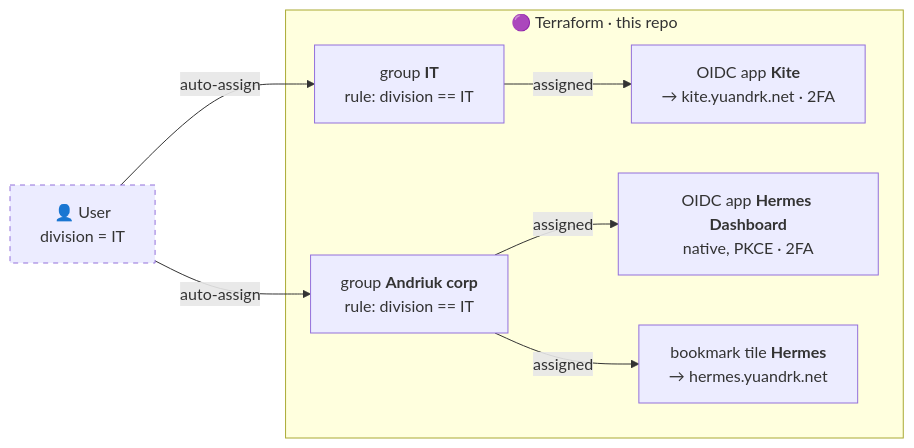
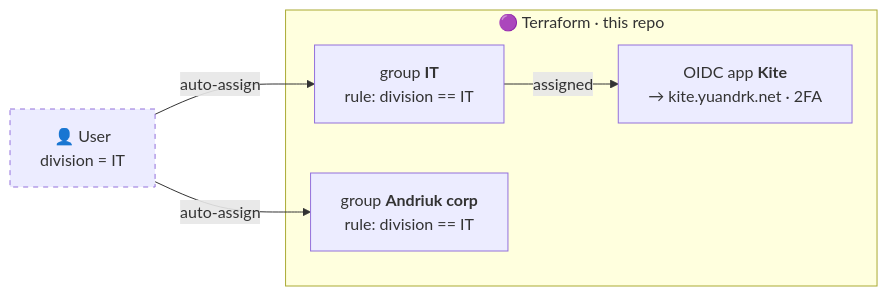
Before and after one commit to yuandrk/okta-gitops: the first of 2 diagrams in README.md, drawn with Mermaid. The commit also changed other lines of this file and 10 other files, not shown here.

First line of the commit message:
feat!: retire Hermes (Okta app + tile); keep Andriuk corp (#25)

````diff
--- a/README.md
+++ b/README.md
@@ -35,21 +35,17 @@
 ```mermaid
 flowchart LR
     U["👤 User<br/>division = IT"]
 
     subgraph TF["🟣 Terraform · this repo"]
         G2["group <b>IT</b><br/>rule: division == IT"]
         G1["group <b>Andriuk corp</b><br/>rule: division == IT"]
         K["OIDC app <b>Kite</b><br/>→ kite.yuandrk.net · 2FA"]
-        HA["OIDC app <b>Hermes Dashboard</b><br/>native, PKCE · 2FA"]
-        B["bookmark tile <b>Hermes</b><br/>→ hermes.yuandrk.net"]
         G2 -->|assigned| K
-        G1 -->|assigned| HA
-        G1 -->|assigned| B
     end
 
     U -->|auto-assign| G2
     U -->|auto-assign| G1
 
     classDef console stroke-dasharray: 5 5
     class U console
 ```
````
